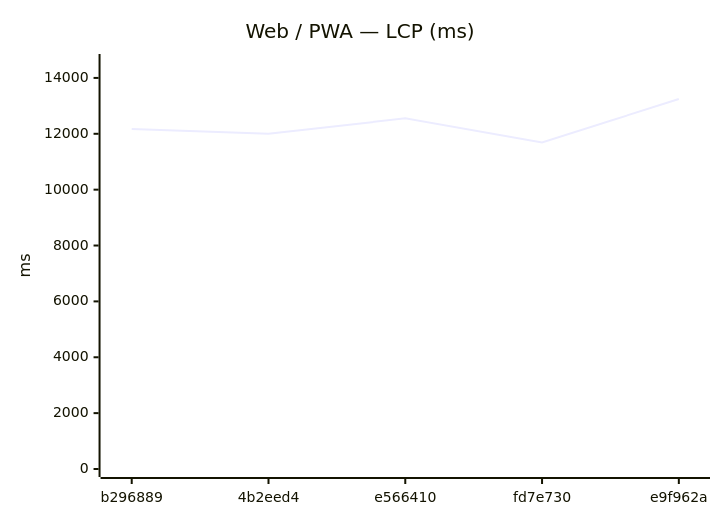
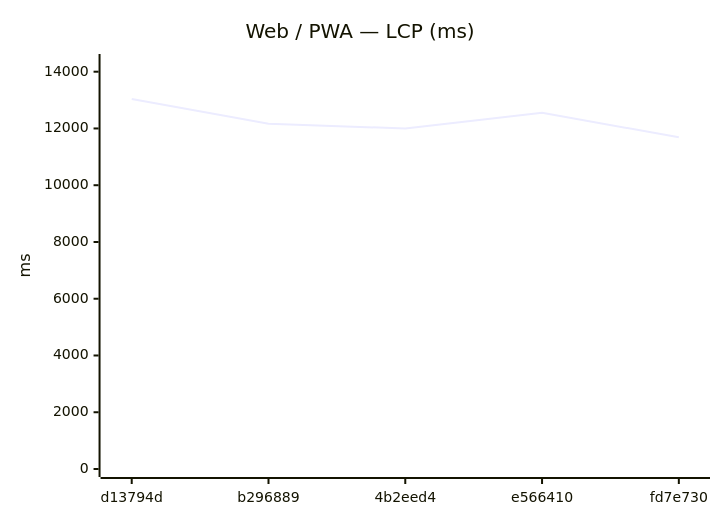
The seventh of 18 diagrams in benchmarks/compare.md (Metaheurist/Rianell), drawn with Mermaid before and after one commit. The commit also changed other lines of this file and 11 other files, not shown here.

````diff
--- a/benchmarks/compare.md
+++ b/benchmarks/compare.md
@@ -117,7 +117,7 @@
 ```mermaid
 xychart-beta
     title "Web / PWA — LCP (ms)"
-    x-axis ["b296889", "4b2eed4", "e566410", "fd7e730", "e9f962a"]
-    y-axis "ms" 0 --> 14570
-    line [12168, 11999, 12553, 11687, 13245]
+    x-axis ["d13794d", "b296889", "4b2eed4", "e566410", "fd7e730"]
+    y-axis "ms" 0 --> 14342
+    line [13038, 12168, 11999, 12553, 11687]
 ```
````
